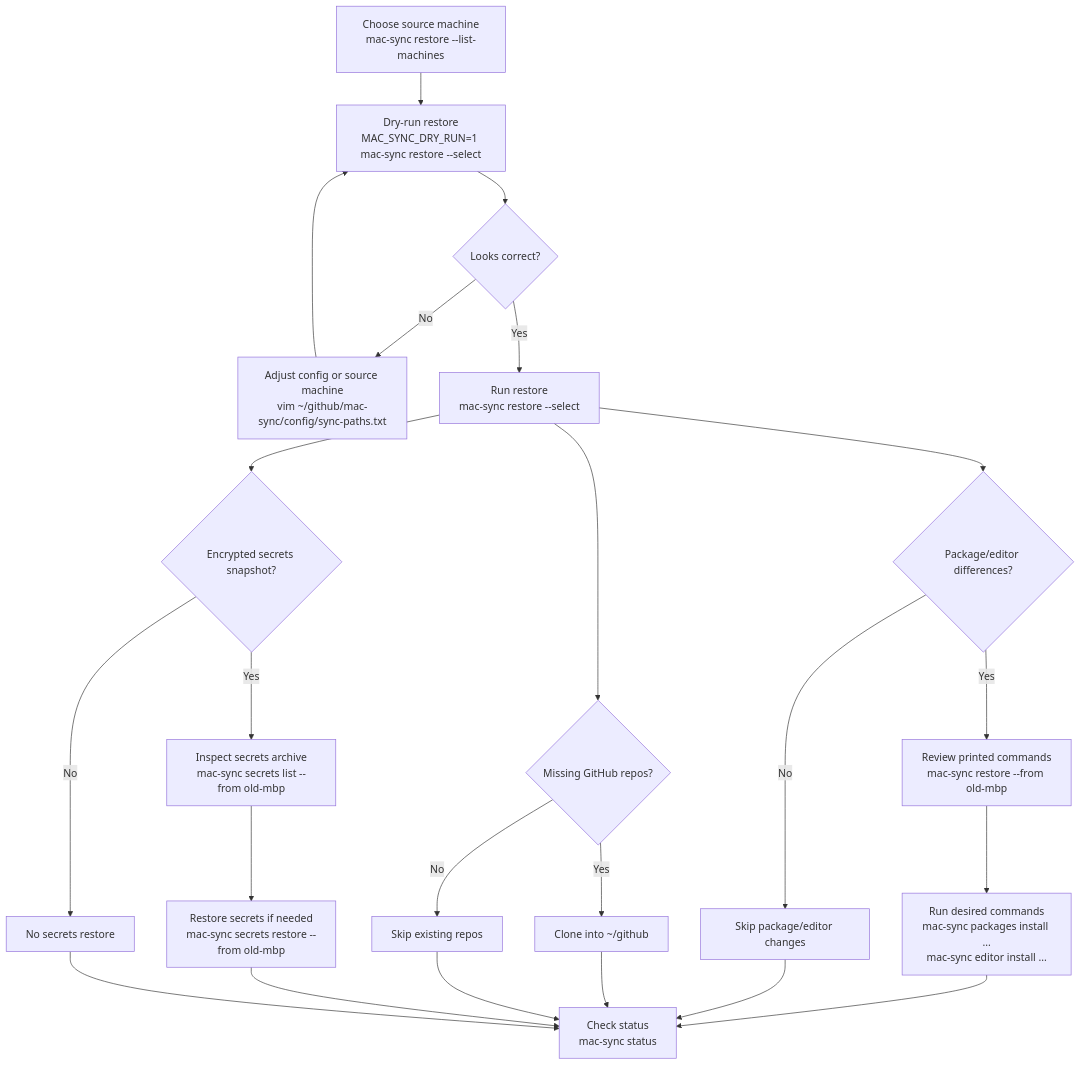
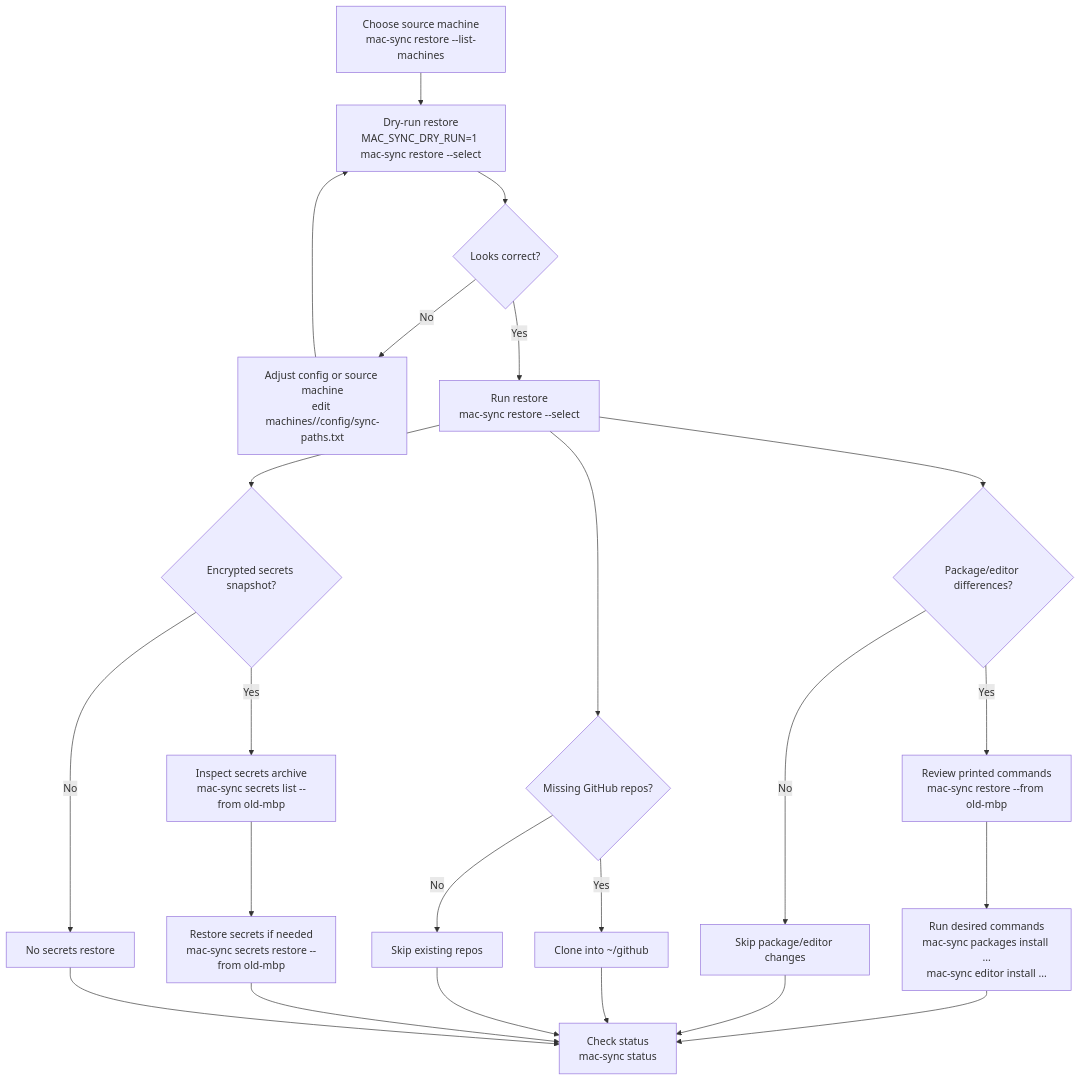
Before and after one commit to stephenlclarke/mac-sync: the third of 4 diagrams in WORKFLOW.md, drawn with Mermaid. The commit also changed other lines of this file and 51 other files, not shown here.

Commit message:
feat: add macOS sync control app

````diff
--- a/WORKFLOW.md
+++ b/WORKFLOW.md
@@ -258,25 +311,25 @@
 ```mermaid
 flowchart TD
   A["Choose source machine<br/>mac-sync restore --list-machines"] --> B["Dry-run restore<br/>MAC_SYNC_DRY_RUN=1 mac-sync restore --select"]
   B --> C{"Looks correct?"}
-  C -- "No" --> D["Adjust config or source machine<br/>vim ~/github/mac-sync/config/sync-paths.txt"]
+  C -- "No" --> D["Adjust config or source machine<br/>edit machines/<machine>/config/sync-paths.txt"]
   D --> B
   C -- "Yes" --> E["Run restore<br/>mac-sync restore --select"]
   E --> F{"Package/editor differences?"}
   F -- "Yes" --> G["Review printed commands<br/>mac-sync restore --from old-mbp"]
   F -- "No" --> H["Skip package/editor changes"]
   G --> I["Run desired commands<br/>mac-sync packages install ...<br/>mac-sync editor install ..."]
   E --> R{"Missing GitHub repos?"}
   R -- "Yes" --> S["Clone into ~/github"]
   R -- "No" --> T["Skip existing repos"]
   E --> J{"Encrypted secrets snapshot?"}
   J -- "Yes" --> K["Inspect secrets archive<br/>mac-sync secrets list --from old-mbp"]
   K --> L["Restore secrets if needed<br/>mac-sync secrets restore --from old-mbp"]
   J -- "No" --> M["No secrets restore"]
   I --> N["Check status<br/>mac-sync status"]
   H --> N
   S --> N
   T --> N
   L --> N
   M --> N
 ```
````
